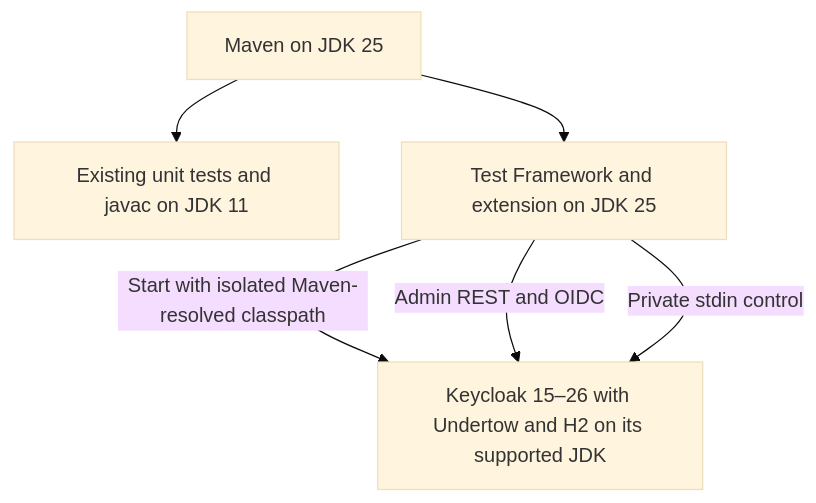
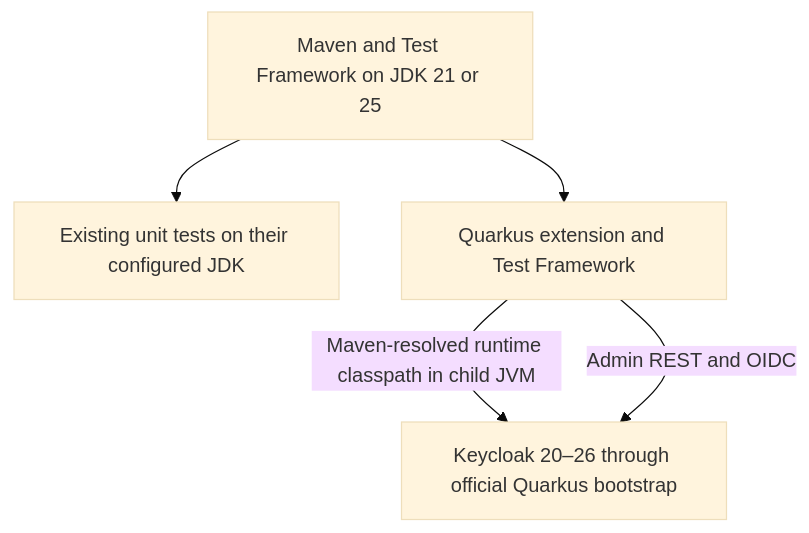
The diagram in docs/architecture.md (wadahiro/keycloak-test-framework-extensions), drawn with Mermaid (base theme) before and after one commit. The commit also changed other lines of this file and 123 other files, not shown here.

First line of the commit message:
feat(runtime)!: replace modern Undertow bootstrap with Quarkus

````diff
--- a/docs/architecture.md
+++ b/docs/architecture.md
@@ -3,9 +3,8 @@
 ```mermaid
 flowchart TB
-    m[Maven on JDK 25]
-    m --> u[Existing unit tests and javac on JDK 11]
-    m --> t[Test Framework and extension on JDK 25]
-    t -->|Start with isolated Maven-resolved classpath| k[Keycloak 15–26 with Undertow and H2 on its supported JDK]
-    t -->|Admin REST and OIDC| k
-    t -->|Private stdin control| k
+    m[Maven and Test Framework on JDK 21 or 25]
+    m --> u[Existing unit tests on their configured JDK]
+    m --> t[Quarkus extension and Test Framework]
+    t -->|Maven-resolved runtime classpath in child JVM| q[Keycloak 20–26 through official Quarkus bootstrap]
+    t -->|Admin REST and OIDC| q
 ```
````
